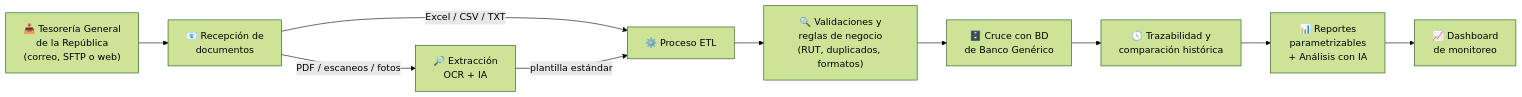
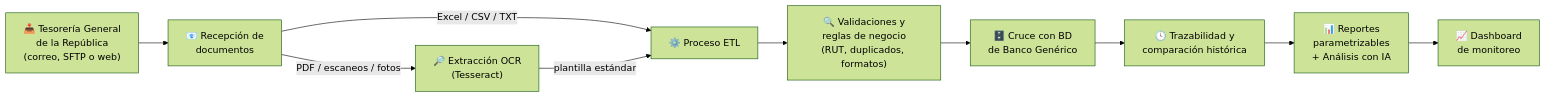
Before and after one commit to JS-Ranker/CAPSTONE: the diagram in README.md, drawn with Mermaid (forest theme). The commit also changed other lines of this file and 18 other files, not shown here.

Commit message:
Alinear documentación con Guía 2.4: stack definido, Tesseract OCR local y nueva actividad de entorno

````diff
--- a/README.md
+++ b/README.md
@@ -51,12 +51,12 @@
 ```mermaid
 flowchart LR
     A["📥 Tesorería General<br/>de la República<br/>(correo, SFTP o web)"] --> R["📧 Recepción de<br/>documentos"]
     R -->|"Excel / CSV / TXT"| B["⚙️ Proceso ETL"]
-    R -->|"PDF / escaneos / fotos"| X["🔎 Extracción<br/>OCR + IA"]
+    R -->|"PDF / escaneos / fotos"| X["🔎 Extracción OCR<br/>(Tesseract)"]
     X -->|"plantilla estándar"| B
     B --> C["🔍 Validaciones y<br/>reglas de negocio<br/>(RUT, duplicados, formatos)"]
     C --> D["🗄️ Cruce con BD<br/>de Banco Genérico"]
     D --> E["🕓 Trazabilidad y<br/>comparación histórica"]
     E --> F["📊 Reportes<br/>parametrizables<br/>+ Análisis con IA"]
     F --> G["📈 Dashboard<br/>de monitoreo"]
 ```
````
